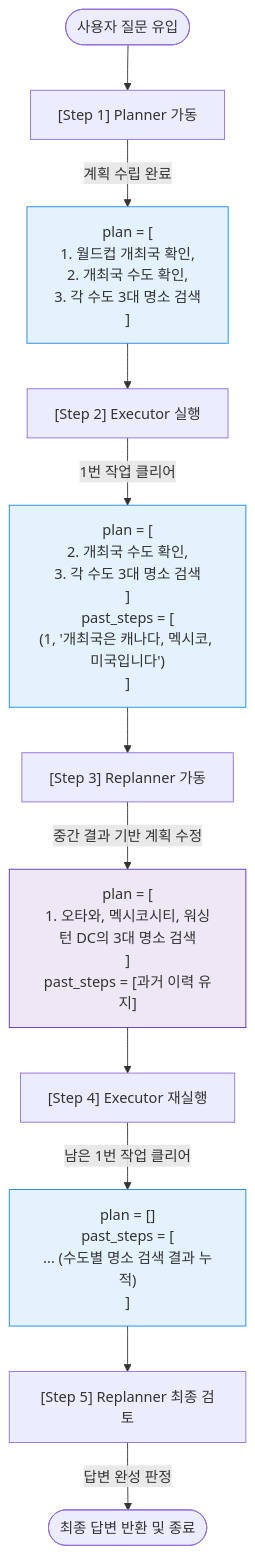
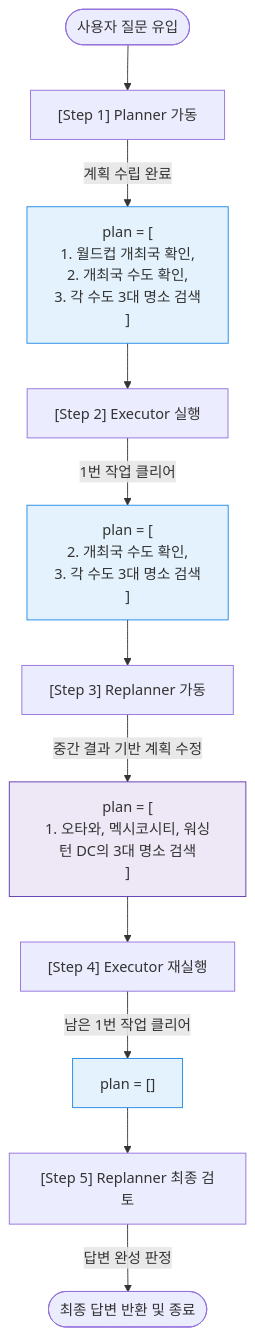
The second of 2 diagrams in Module 4: Building Agents with LangGraph/Lesson4.6_Designing a Plan-and-Execute System.md (shinwokkang/Generative-AI-AI-Agents), drawn with Mermaid before and after one commit. The commit also changed other lines of this file, not shown here.

Commit message:
docs: add detailed step-by-step trace timeline to Plan-and-Execute guide

````diff
--- a/Module 4: Building Agents with LangGraph/Lesson4.6_Designing a Plan-and-Execute System.md
+++ b/Module 4: Building Agents with LangGraph/Lesson4.6_Designing a Plan-and-Execute System.md
@@ -48,24 +48,24 @@
 ```mermaid
 flowchart TD
     %% 실시간 루프 흐름도
     Start(["사용자 질문 유입"]) --> Stage1["[Step 1] Planner 가동"]
     
     Stage1 -->|계획 수립 완료| Loop1["plan = [<br/>1. 월드컵 개최국 확인,<br/>2. 개최국 수도 확인,<br/>3. 각 수도 3대 명소 검색<br/>]"]
     
     Loop1 --> Stage2["[Step 2] Executor 실행"]
-    Stage2 -->|1번 작업 클리어| Loop2["plan = [<br/>2. 개최국 수도 확인,<br/>3. 각 수도 3대 명소 검색<br/>]<br/>past_steps = [<br/>(1, '개최국은 캐나다, 멕시코, 미국입니다')<br/>]"]
+    Stage2 -->|1번 작업 클리어| Loop2["plan = [<br/>2. 개최국 수도 확인,<br/>3. 각 수도 3대 명소 검색<br/>]"]
     
     Loop2 --> Stage3["[Step 3] Replanner 가동"]
-    Stage3 -->|중간 결과 기반 계획 수정| Loop3["plan = [<br/>1. 오타와, 멕시코시티, 워싱턴 DC의 3대 명소 검색<br/>]<br/>past_steps = [과거 이력 유지]"]
+    Stage3 -->|중간 결과 기반 계획 수정| Loop3["plan = [<br/>1. 오타와, 멕시코시티, 워싱턴 DC의 3대 명소 검색<br/>]"]
     
     Loop3 --> Stage4["[Step 4] Executor 재실행"]
-    Stage4 -->|남은 1번 작업 클리어| Loop4["plan = []<br/>past_steps = [<br/>... (수도별 명소 검색 결과 누적)<br/>]"]
+    Stage4 -->|남은 1번 작업 클리어| Loop4["plan = []"]
     
     Loop4 --> Stage5["[Step 5] Replanner 최종 검토"]
     Stage5 -->|답변 완성 판정| End(["최종 답변 반환 및 종료"])
 
     style Loop1 fill:#e3f2fd,stroke:#1e88e5
     style Loop2 fill:#e3f2fd,stroke:#1e88e5
     style Loop3 fill:#ede7f6,stroke:#5e35b1
     style Loop4 fill:#e3f2fd,stroke:#1e88e5
 ```
````
